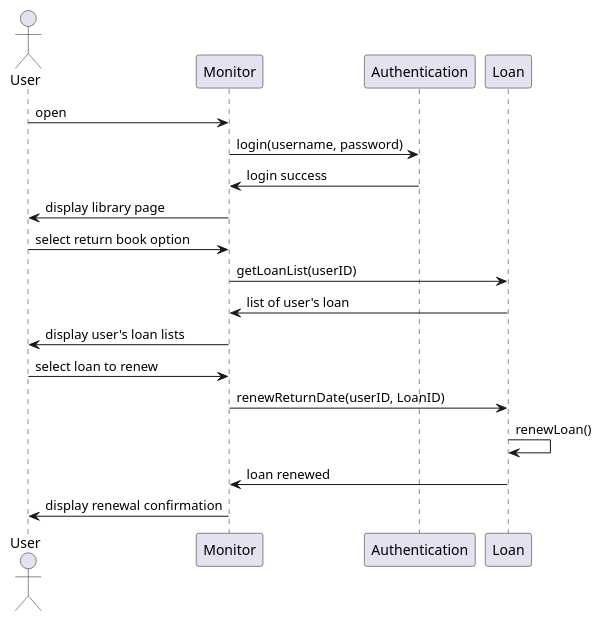
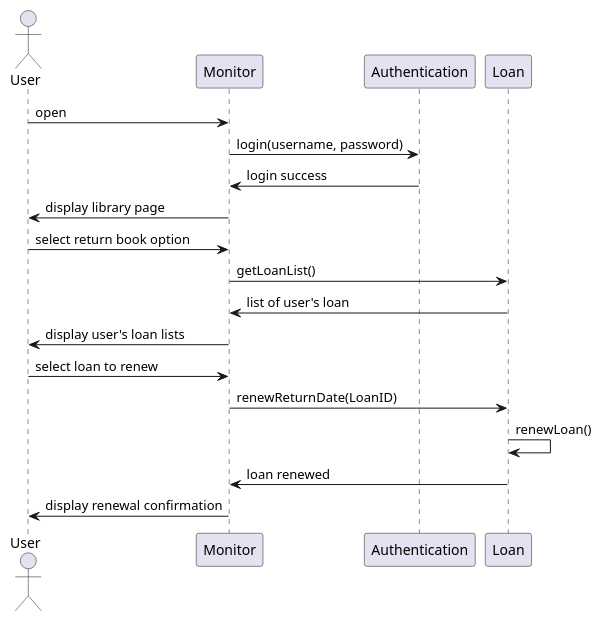
Before and after one commit to zuzu2307/Final_UML: the diagram in src/renewLoan.puml, drawn with PlantUML. The commit also changed 13 other files, not shown here.

```diff
--- a/src/renewLoan.puml
+++ b/src/renewLoan.puml
@@ -1,22 +1,22 @@
 @startuml
 actor User
 participant Monitor
 participant Authentication
 participant Loan
 
 User -> Monitor: open
 Monitor -> Authentication: login(username, password)
 Authentication -> Monitor: login success
 Monitor -> User: display library page
 
 User -> Monitor: select return book option
-Monitor -> Loan: getLoanList(userID)
+Monitor -> Loan: getLoanList()
 Loan -> Monitor: list of user's loan
 Monitor -> User: display user's loan lists
 
 User -> Monitor: select loan to renew
-Monitor -> Loan: renewReturnDate(userID, LoanID)
+Monitor -> Loan: renewReturnDate(LoanID)
 Loan -> Loan: renewLoan()
 Loan -> Monitor: loan renewed
 Monitor -> User: display renewal confirmation
 @enduml
```
